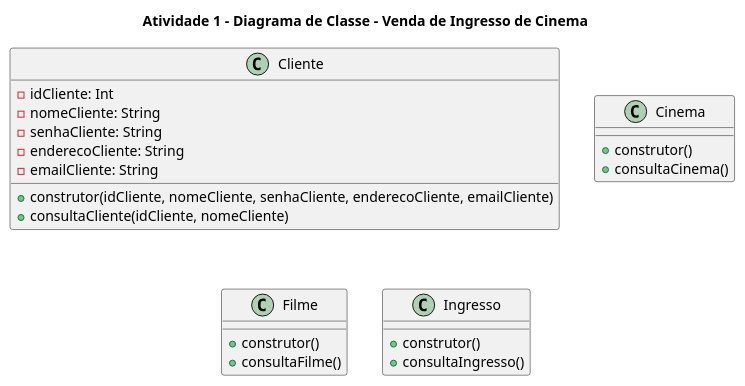
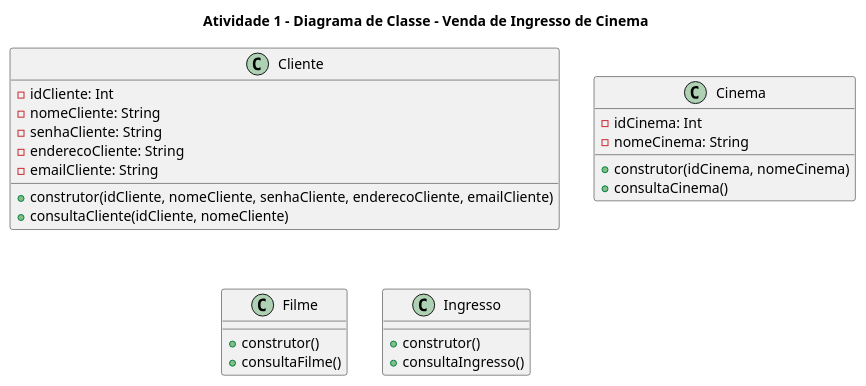
Before and after one commit to anleaes/2023-1-N1-POO-09: the diagram in Modelagem/Clientes.plantuml, drawn with PlantUML.

Commit message:
IdCinema e nomeCinema
Id e nome na variável e construtor

```diff
--- a/Modelagem/Clientes.plantuml
+++ b/Modelagem/Clientes.plantuml
@@ -2,35 +2,36 @@
 @startuml A1
 
 title Atividade 1 - Diagrama de Classe - Venda de Ingresso de Cinema
 
 
     class Cliente{
     - idCliente: Int
     - nomeCliente: String
     - senhaCliente: String 
     - enderecoCliente: String
     - emailCliente: String
     + construtor(idCliente, nomeCliente, senhaCliente, enderecoCliente, emailCliente)
     + consultaCliente(idCliente, nomeCliente)
 }
 
 class Cinema{
-
-    + construtor()
+    - idCinema: Int
+    - nomeCinema: String
+    + construtor(idCinema, nomeCinema)
     + consultaCinema()
 }
 
 class Filme{
     
     + construtor()
     + consultaFilme()
 }
 
 class Ingresso{
 
     + construtor()
     + consultaIngresso()
 }
 
 
 @enduml
```
